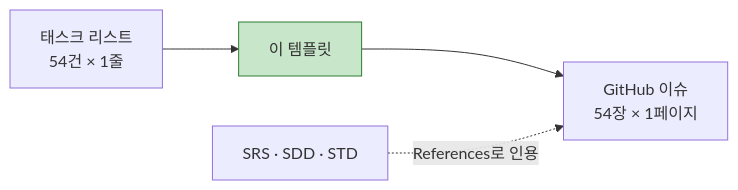
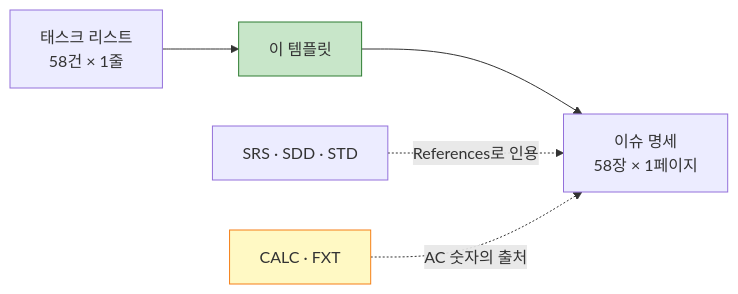
One commit to maybeaj/cardfit-prd-to-srs changed the diagram in docs/[GitHub 프로젝트용 TASK 템플릿] CardFit.md. Above: the diagram before and after it, drawn with Mermaid. The commit also changed other lines of this file and 2 other files, not shown here.

First line of the commit message:
docs: TASK 템플릿 v2.1 — 1 태스크 = 1 파일 컨벤션 정렬

````diff
--- a/docs/[GitHub 프로젝트용 TASK 템플릿] CardFit.md
+++ b/docs/[GitHub 프로젝트용 TASK 템플릿] CardFit.md
@@ -21,7 +23,9 @@
 ```mermaid
 flowchart LR
-    T["태스크 리스트<br/>54건 × 1줄"] --> TPL["이 템플릿"]
-    TPL --> I["GitHub 이슈<br/>54장 × 1페이지"]
+    T["태스크 리스트<br/>58건 × 1줄"] --> TPL["이 템플릿"]
+    TPL --> I["이슈 명세<br/>58장 × 1페이지"]
     S["SRS · SDD · STD"] -.->|"References로 인용"| I
+    C["CALC · FXT"] -.->|"AC 숫자의 출처"| I
     style TPL fill:#C8E6C9,stroke:#2E7D32
+    style C fill:#FFF9C4,stroke:#F57F17
 ```
````
